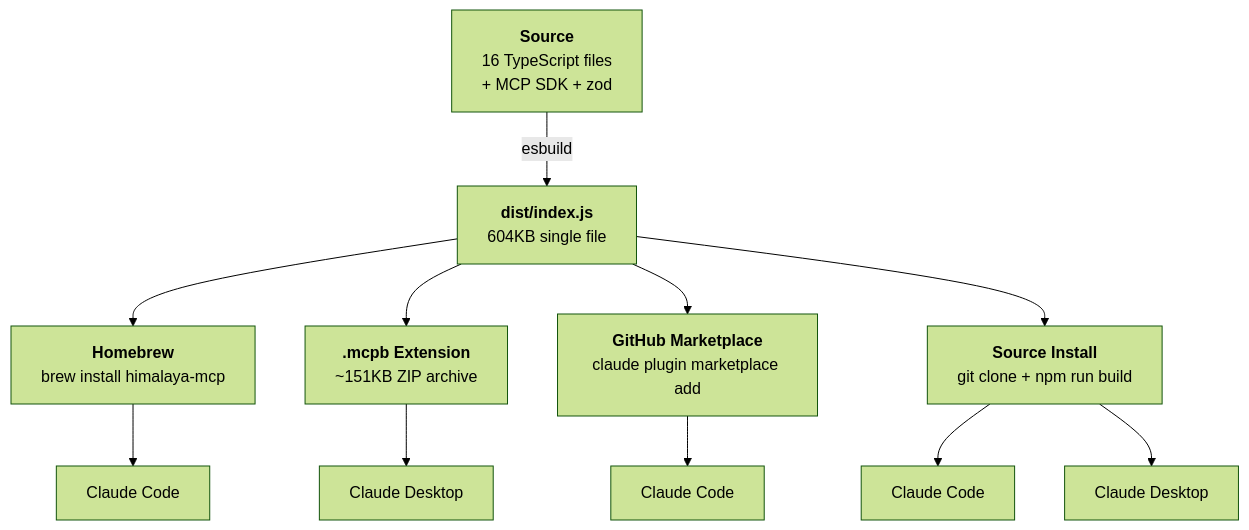
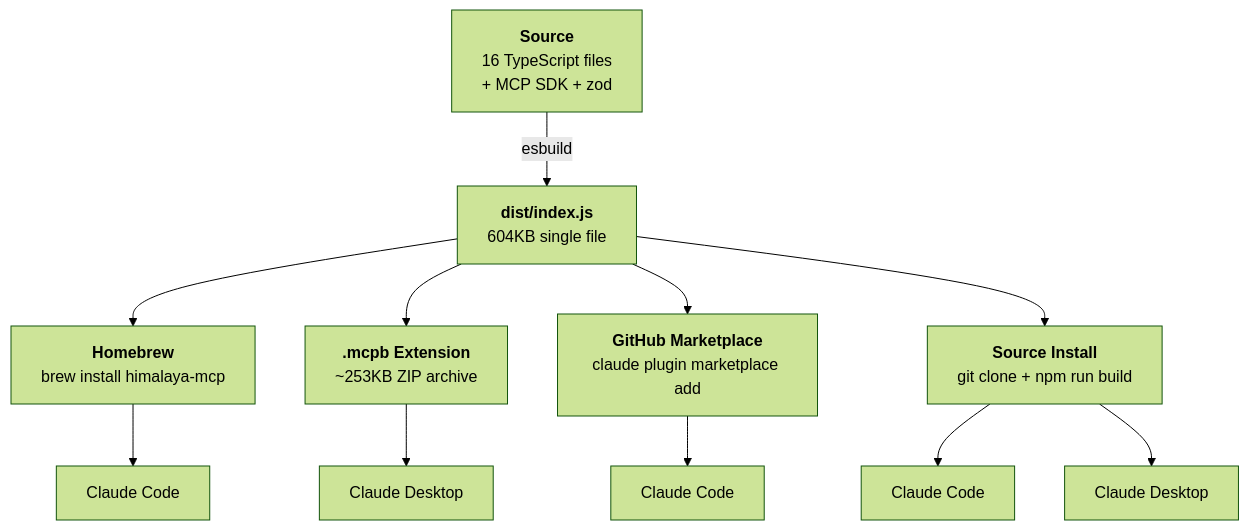
One commit to Data-Wise/himalaya-mcp changed the diagram in docs/guide/packaging.md. Above: the diagram before and after it, drawn with Mermaid (forest theme). The commit also changed other lines of this file and 11 other files, not shown here.

````diff
--- a/docs/guide/packaging.md
+++ b/docs/guide/packaging.md
@@ -16,22 +16,22 @@
 ```mermaid
 flowchart TD
     SRC["`**Source**
     16 TypeScript files
     + MCP SDK + zod`"] -->|esbuild| BUNDLE["`**dist/index.js**
     604KB single file`"]
 
     BUNDLE --> HB["`**Homebrew**
     brew install himalaya-mcp`"]
     BUNDLE --> MCPB["`**.mcpb Extension**
-    ~151KB ZIP archive`"]
+    ~253KB ZIP archive`"]
     BUNDLE --> GH["`**GitHub Marketplace**
     claude plugin marketplace add`"]
     BUNDLE --> DEV["`**Source Install**
     git clone + npm run build`"]
 
     HB --> CC1[Claude Code]
     GH --> CC2[Claude Code]
     DEV --> CC3[Claude Code]
     MCPB --> CD[Claude Desktop]
     DEV --> CD2[Claude Desktop]
 ```
````
